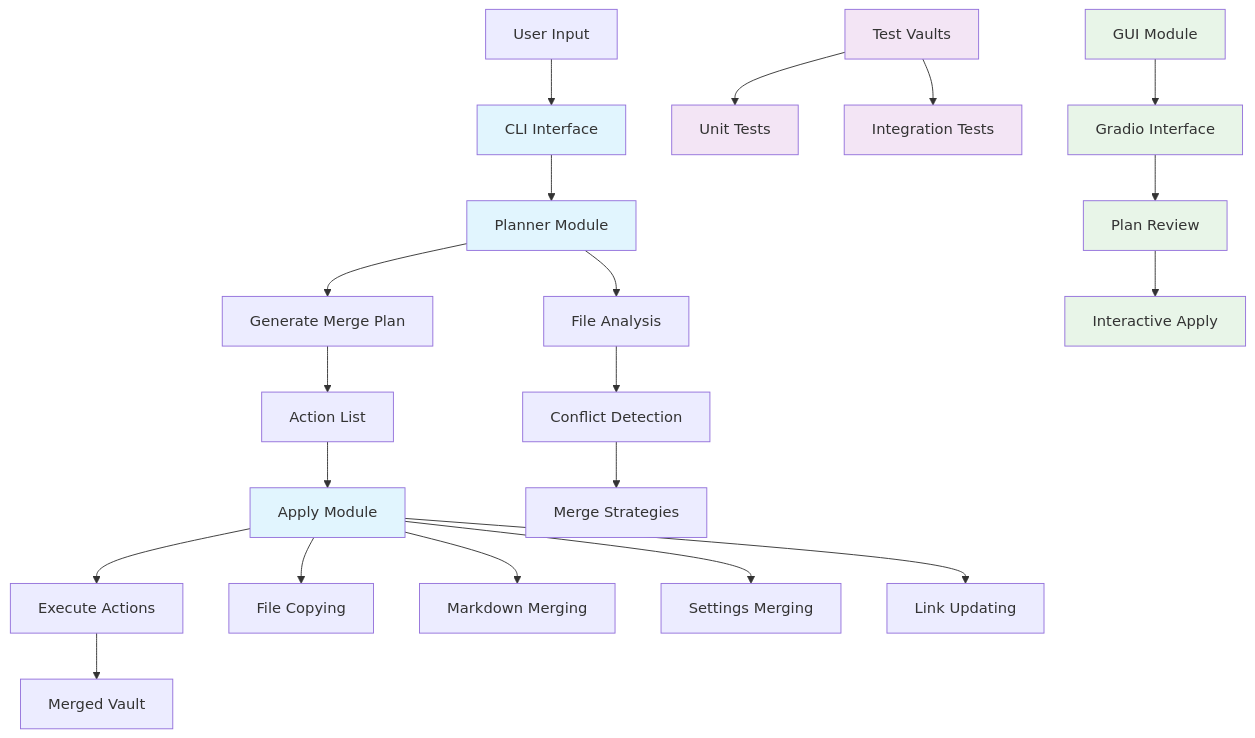
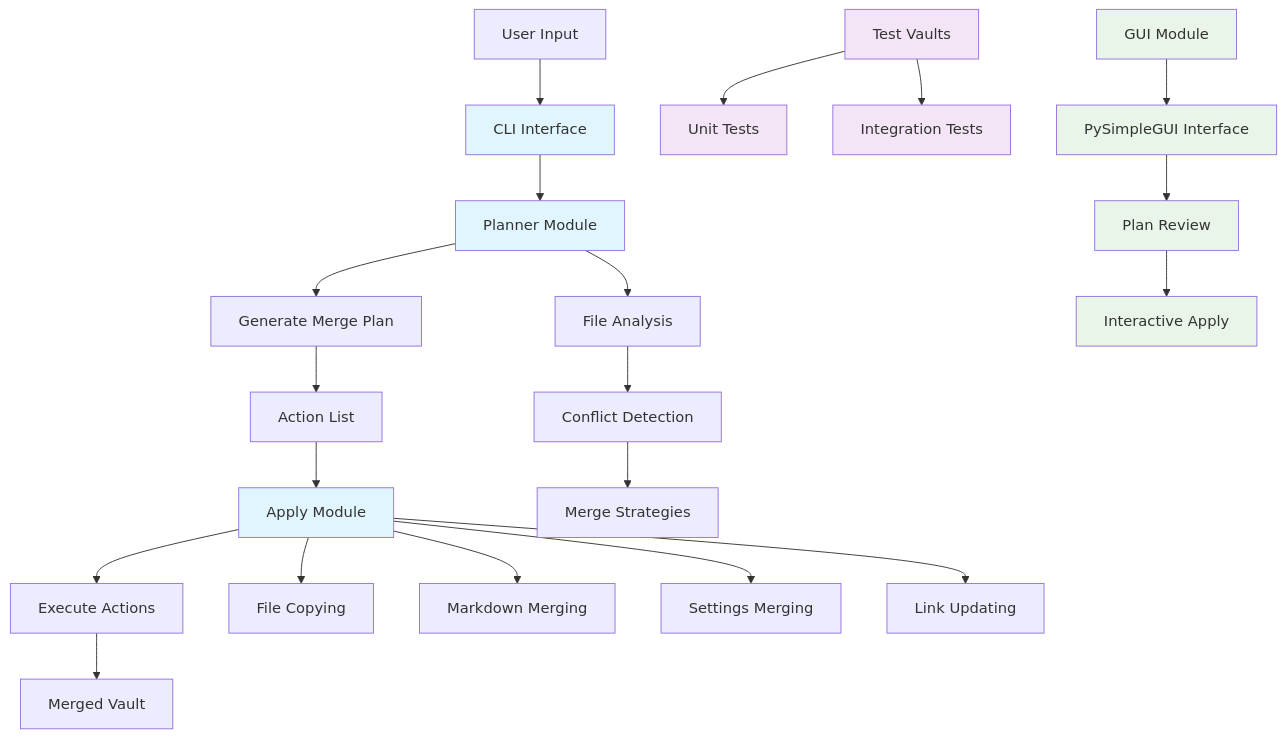
The first of 2 diagrams in README.md (w0nk0/obsidian-bracelet), drawn with Mermaid before and after one commit. The commit also changed other lines of this file and 2 other files, not shown here.

Commit message:
Switch GUI to PySimpleGUI with directory pickers

````diff
--- a/README.md
+++ b/README.md
@@ -25,34 +25,34 @@
 ```mermaid
 graph TD
     A[User Input] --> B[CLI Interface]
     B --> C[Planner Module]
     C --> D[Generate Merge Plan]
     D --> E[Action List]
     E --> F[Apply Module]
     F --> G[Execute Actions]
     G --> H[Merged Vault]
 
     C --> I[File Analysis]
     I --> J[Conflict Detection]
     J --> K[Merge Strategies]
 
     F --> L[File Copying]
     F --> M[Markdown Merging]
     F --> N[Settings Merging]
     F --> O[Link Updating]
 
     P[Test Vaults] --> Q[Unit Tests]
     P --> R[Integration Tests]
 
-    S[GUI Module] --> T[Gradio Interface]
+    S[GUI Module] --> T[PySimpleGUI Interface]
     T --> U[Plan Review]
     U --> V[Interactive Apply]
 
     classDef core fill:#e1f5fe
     classDef test fill:#f3e5f5
     classDef gui fill:#e8f5e8
 
     class B,C,F core
     class P,Q,R test
     class S,T,U,V gui
 ```
````
